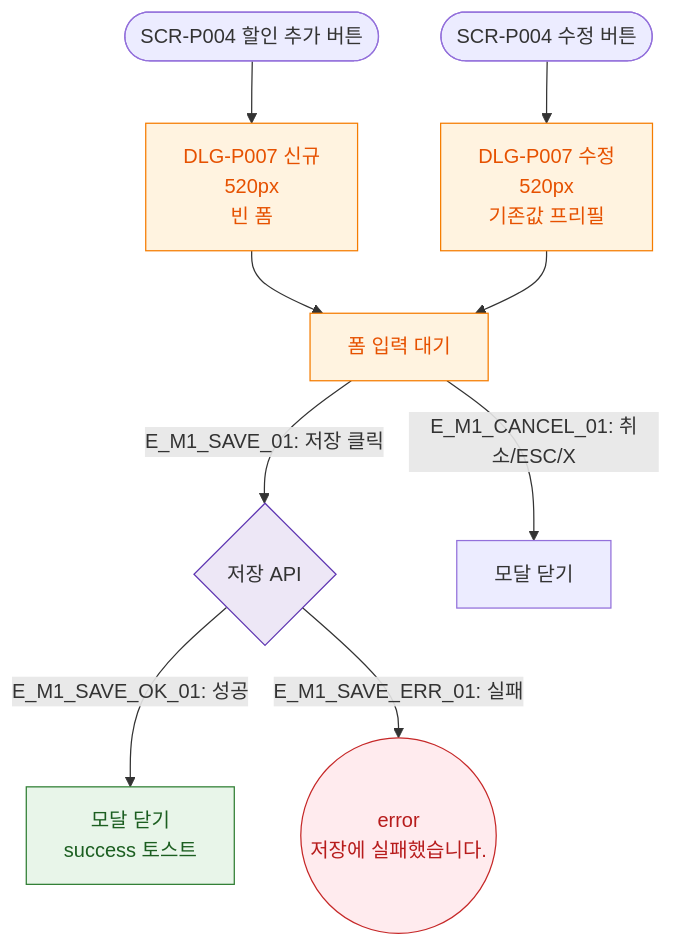
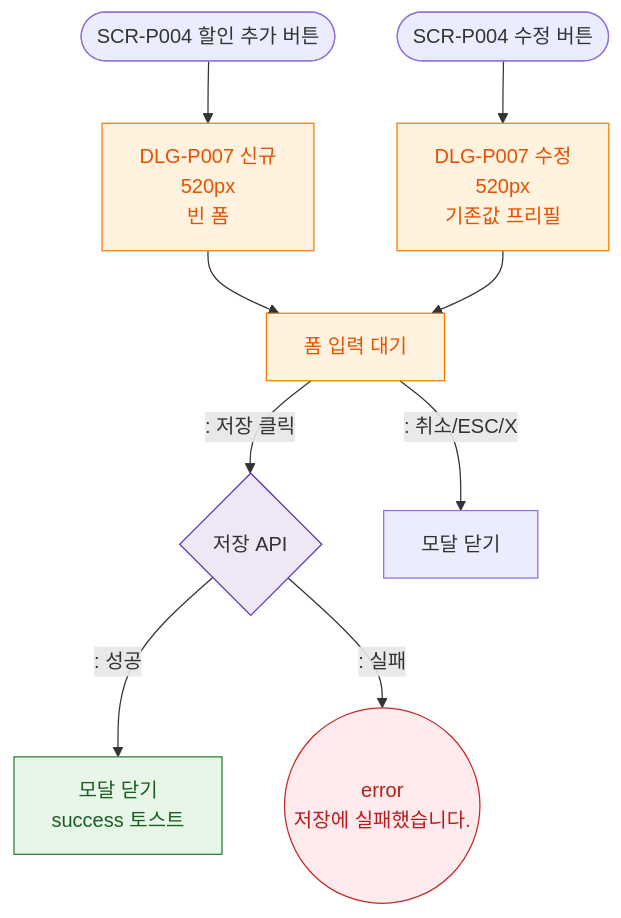
The diagram in docs/다이어그램/D05_상품관리/DLG/DLG-P007_할인정책추가수정/M1_모달생명주기.md (dev-spogym/admin-pando), drawn with Mermaid before and after one commit. The commit also changed other lines of this file and 1660 other files, not shown here.

First line of the commit message:
다이어그램: 기획자/클라이언트 납품본으로 정리

````diff
--- a/docs/다이어그램/D05_상품관리/DLG/DLG-P007_할인정책추가수정/M1_모달생명주기.md
+++ b/docs/다이어그램/D05_상품관리/DLG/DLG-P007_할인정책추가수정/M1_모달생명주기.md
@@ -16,22 +14,22 @@
 ```mermaid
 flowchart TD
     TRIGGER_NEW([SCR-P004 할인 추가 버튼]) --> OpenNew[DLG-P007 신규\n520px\n빈 폼]
     TRIGGER_EDIT([SCR-P004 수정 버튼]) --> OpenEdit[DLG-P007 수정\n520px\n기존값 프리필]
 
     OpenNew & OpenEdit --> Ready[폼 입력 대기]
 
-    Ready -->|"E_M1_SAVE_01: 저장 클릭"| SaveAPI{저장 API}
-    SaveAPI -->|"E_M1_SAVE_OK_01: 성공"| CloseSuccess[모달 닫기\nsuccess 토스트]
-    SaveAPI -->|"E_M1_SAVE_ERR_01: 실패"| SaveErr((error\n저장에 실패했습니다.))
+    Ready -->|": 저장 클릭"|SaveAPI{저장 API}
+    SaveAPI -->|": 성공"|CloseSuccess[모달 닫기\nsuccess 토스트]
+    SaveAPI -->|": 실패"|SaveErr((error\n저장에 실패했습니다.))
 
-    Ready -->|"E_M1_CANCEL_01: 취소/ESC/X"| Closed[모달 닫기]
+    Ready -->|": 취소/ESC/X"|Closed[모달 닫기]
 
     classDef modal fill:#FFF3E0,stroke:#F57C00,color:#E65100
     classDef success fill:#E8F5E9,stroke:#2E7D32,color:#1B5E20
     classDef error fill:#FFEBEE,stroke:#C62828,color:#B71C1C
     classDef system fill:#EDE7F6,stroke:#5E35B2
     class OpenNew,OpenEdit,Ready modal
     class CloseSuccess success
     class SaveErr error
     class SaveAPI system
 ```
````
